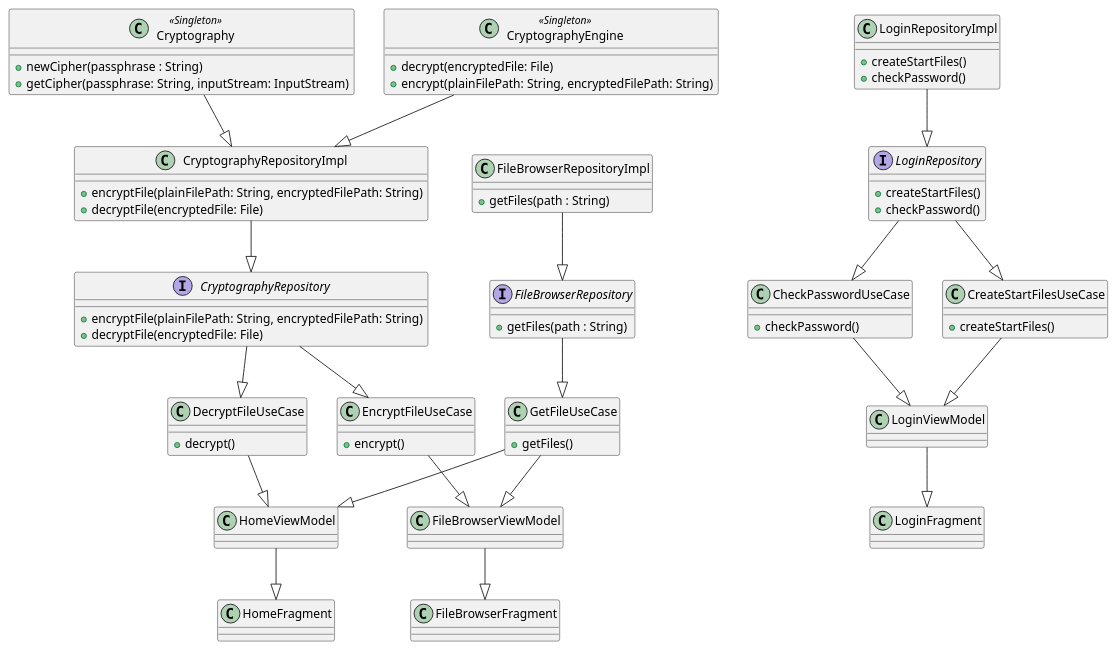
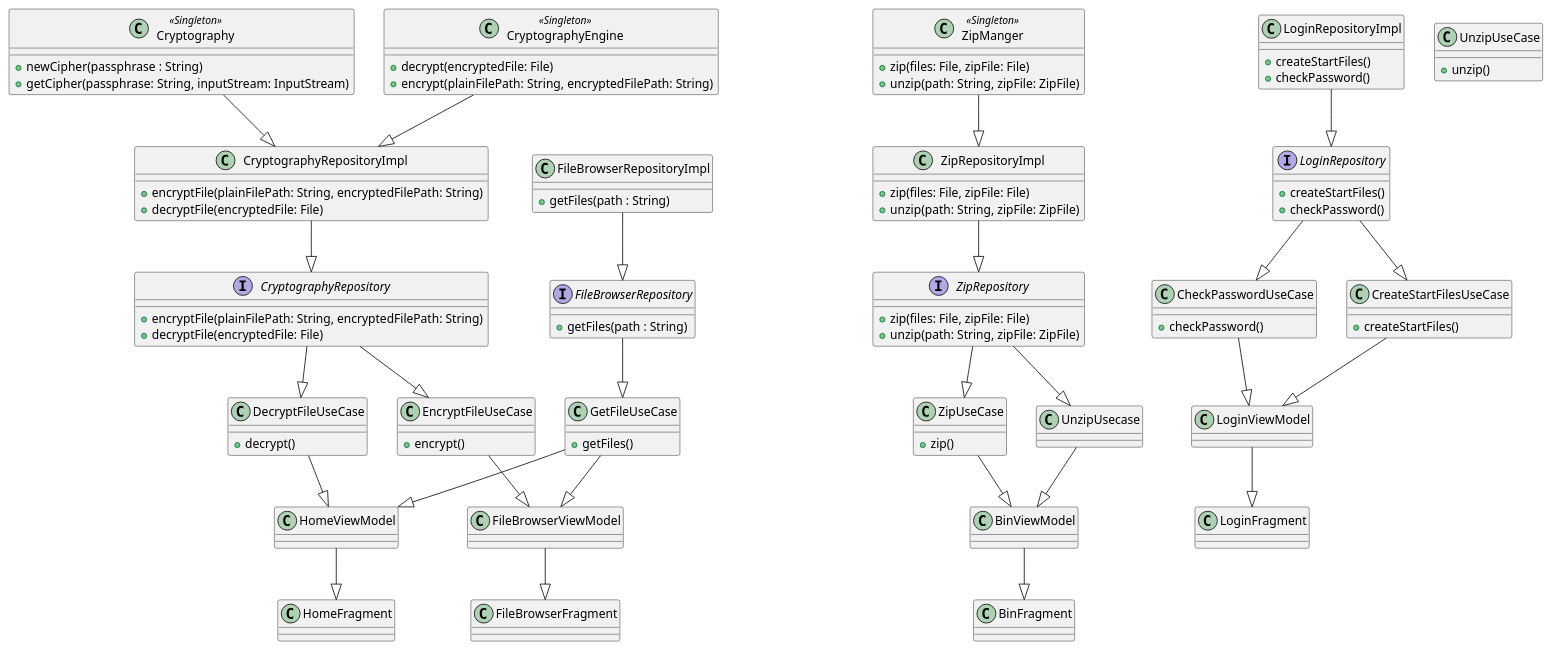
Before and after one commit to camper9993/SafeStorage: the diagram in app/src/main/java/ru/danilov/safestorage/utils/Diagram.puml, drawn with PlantUML. The commit also changed 12 other files, not shown here.

```diff
--- a/app/src/main/java/ru/danilov/safestorage/utils/Diagram.puml
+++ b/app/src/main/java/ru/danilov/safestorage/utils/Diagram.puml
@@ -1,75 +1,99 @@
 @startuml
 class Cryptography <<Singleton>> {
     +newCipher(passphrase : String)
     +getCipher(passphrase: String, inputStream: InputStream)
 }
 class CryptographyEngine <<Singleton>> {
     +decrypt(encryptedFile: File)
     +encrypt(plainFilePath: String, encryptedFilePath: String)
 }
 class CryptographyRepositoryImpl {
     +encryptFile(plainFilePath: String, encryptedFilePath: String)
     +decryptFile(encryptedFile: File)
 }
+class ZipRepositoryImpl {
+     +zip(files: File, zipFile: File)
+     +unzip(path: String, zipFile: ZipFile)
+}
+class ZipManger <<Singleton>> {
+    +zip(files: File, zipFile: File)
+    +unzip(path: String, zipFile: ZipFile)
+}
 class LoginRepositoryImpl {
     +createStartFiles()
     +checkPassword()
 }
 class FileBrowserRepositoryImpl {
     +getFiles(path : String)
 }
 interface CryptographyRepository {
     +encryptFile(plainFilePath: String, encryptedFilePath: String)
     +decryptFile(encryptedFile: File)
 }
-
+interface ZipRepository {
+     +zip(files: File, zipFile: File)
+     +unzip(path: String, zipFile: ZipFile)
+}
 interface FileBrowserRepository {
     +getFiles(path : String)
 }
-
 interface LoginRepository {
     +createStartFiles()
     +checkPassword()
 }
 class DecryptFileUseCase {
 +decrypt()
 }
 class EncryptFileUseCase {
 +encrypt()
+}
+class ZipUseCase {
++zip()
+}
+class UnzipUseCase {
++unzip()
 }
 class GetFileUseCase{
 +getFiles()
 }
 class CheckPasswordUseCase {
 +checkPassword()
 }
 class CreateStartFilesUseCase{
 +createStartFiles()
 }
 class FileBrowserFragment
 class HomeFragment
 class LoginFragment
 class HomeViewModel
 class LoginViewModel
 class FileBrowserViewModel
+class BinFragment
+class BinViewModel
+ZipManger --|> ZipRepositoryImpl
 CryptographyEngine --|> CryptographyRepositoryImpl
 Cryptography --|> CryptographyRepositoryImpl
 CryptographyRepositoryImpl  --|> CryptographyRepository
 FileBrowserRepositoryImpl --|> FileBrowserRepository
+ZipRepositoryImpl --|> ZipRepository
 LoginRepositoryImpl --|> LoginRepository
+ZipRepository --|> ZipUseCase
+ZipRepository --|> UnzipUsecase
 LoginRepository --|> CheckPasswordUseCase
 LoginRepository --|> CreateStartFilesUseCase
 CryptographyRepository --|> EncryptFileUseCase
 CryptographyRepository --|> DecryptFileUseCase
 FileBrowserRepository --|> GetFileUseCase
 DecryptFileUseCase --|> HomeViewModel
 GetFileUseCase --|> HomeViewModel
+ZipUseCase --|> BinViewModel
+UnzipUsecase --|> BinViewModel
+BinViewModel --|> BinFragment
 EncryptFileUseCase --|> FileBrowserViewModel
 GetFileUseCase --|> FileBrowserViewModel
 CheckPasswordUseCase --|> LoginViewModel
 CreateStartFilesUseCase --|> LoginViewModel
 FileBrowserViewModel --|> FileBrowserFragment
 HomeViewModel --|> HomeFragment
 LoginViewModel --|> LoginFragment
-
 @enduml
```
